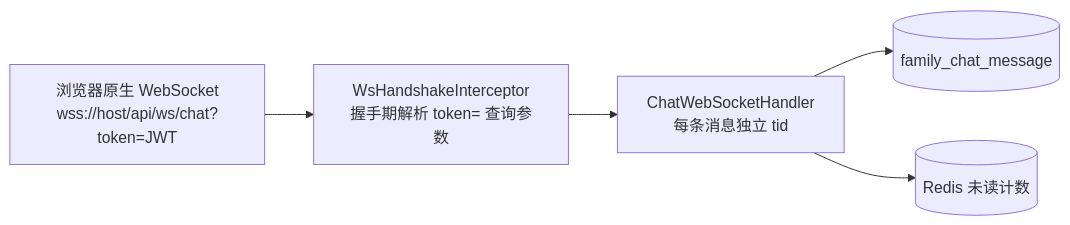
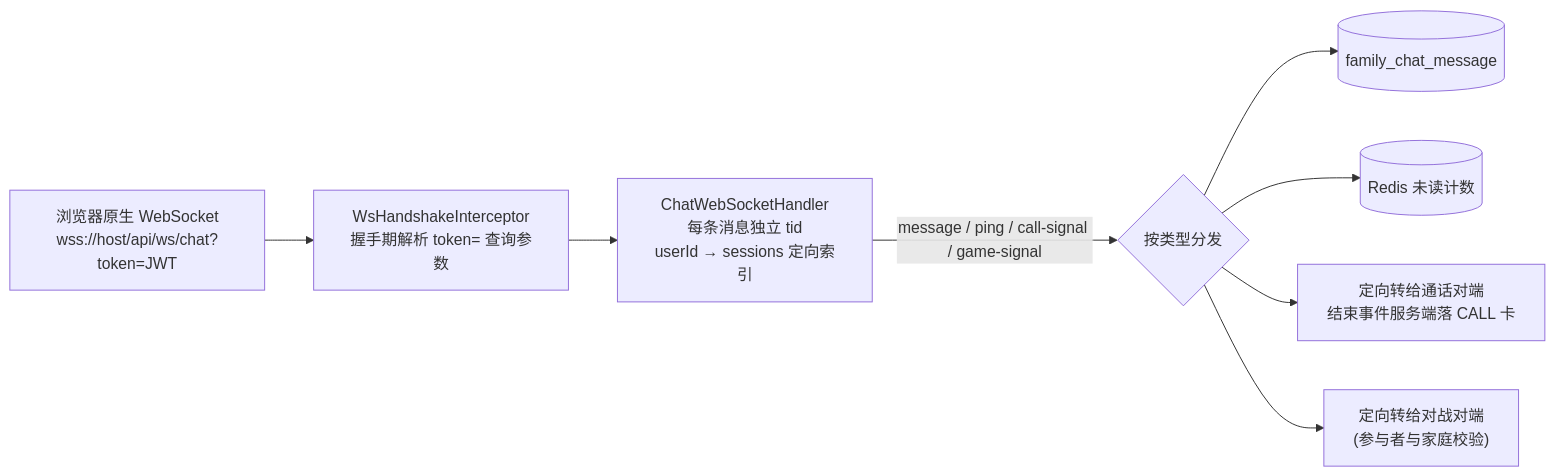
One commit to chillyice/ihomy changed the third of 11 diagrams in docs/架构设计.md. Above: the diagram before and after it, drawn with Mermaid. The commit also changed other lines of this file and 13 other files, not shown here.

````diff
--- a/docs/架构设计.md
+++ b/docs/架构设计.md
@@ -78,7 +90,10 @@
 ```mermaid
 flowchart LR
     WS["浏览器原生 WebSocket<br/>wss://host/api/ws/chat?token=JWT"] --> HAND["WsHandshakeInterceptor<br/>握手期解析 token= 查询参数"]
-    HAND --> HDL["ChatWebSocketHandler<br/>每条消息独立 tid"]
-    HDL --> CHAT[("family_chat_message")]
-    HDL --> UNREAD[("Redis 未读计数")]
+    HAND --> HDL["ChatWebSocketHandler<br/>每条消息独立 tid<br/>userId → sessions 定向索引"]
+    HDL -->|"message / ping / call-signal / game-signal"| ROUTE{"按类型分发"}
+    ROUTE --> CHAT[("family_chat_message")]
+    ROUTE --> UNREAD[("Redis 未读计数")]
+    ROUTE --> CALL["定向转给通话对端<br/>结束事件服务端落 CALL 卡"]
+    ROUTE --> MATCH["定向转给对战对端<br/>(参与者与家庭校验)"]
 ```
````
